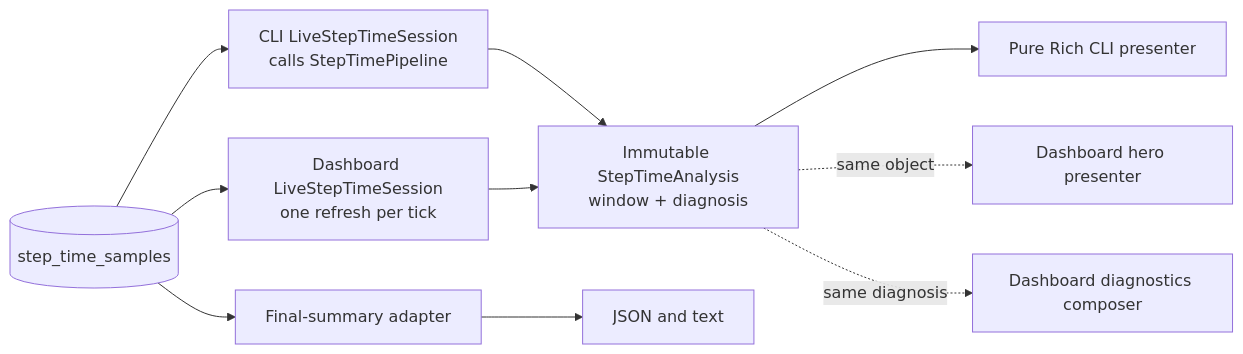
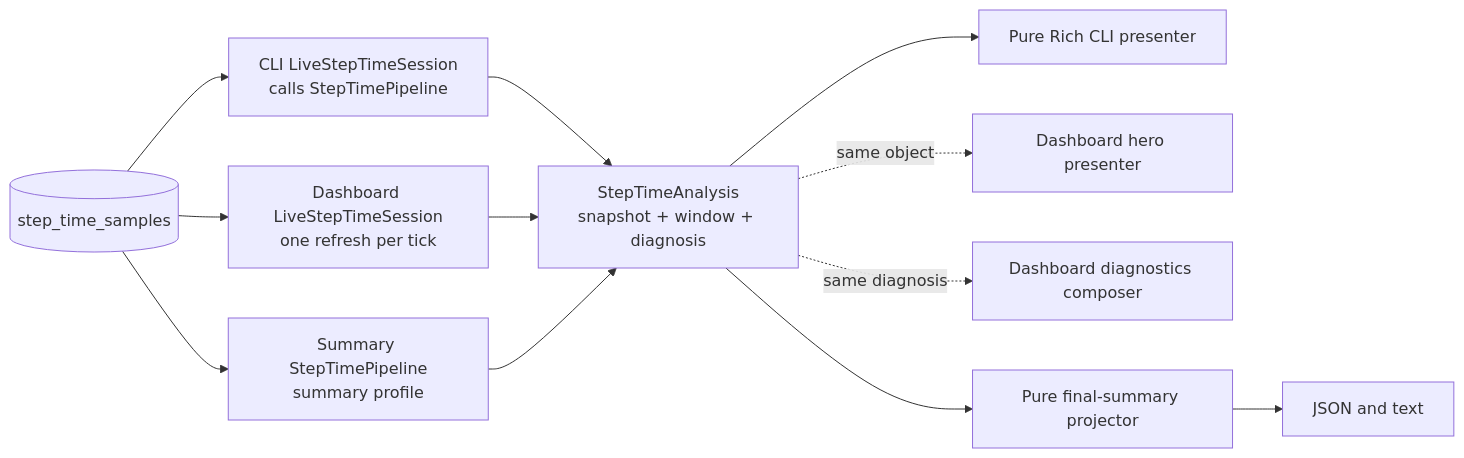
Before and after one commit to traceopt-ai/traceml: the diagram in docs/developer_guide/step-time-pipeline-contract.md, drawn with Mermaid. The commit also changed other lines of this file and 39 other files, not shown here.

````diff
--- a/docs/developer_guide/step-time-pipeline-contract.md
+++ b/docs/developer_guide/step-time-pipeline-contract.md
@@ -14,18 +14,19 @@
 ```mermaid
 flowchart LR
     DB[(step_time_samples)]
     CLS["CLI LiveStepTimeSession<br/>calls StepTimePipeline"]
     DLS["Dashboard LiveStepTimeSession<br/>one refresh per tick"]
-    RESULT["Immutable StepTimeAnalysis<br/>window + diagnosis"]
+    SPS["Summary StepTimePipeline<br/>summary profile"]
+    RESULT["StepTimeAnalysis<br/>snapshot + window + diagnosis"]
     CLI["Pure Rich CLI presenter"]
     HERO["Dashboard hero presenter"]
     RAIL["Dashboard diagnostics composer"]
-    SUM["Final-summary adapter"]
+    SUM["Pure final-summary projector"]
     OUT["JSON and text"]
 
     DB --> CLS --> RESULT --> CLI
     DB --> DLS --> RESULT
     RESULT -. "same object" .-> HERO
     RESULT -. "same diagnosis" .-> RAIL
-    DB --> SUM --> OUT
+    DB --> SPS --> RESULT --> SUM --> OUT
 ```
````
